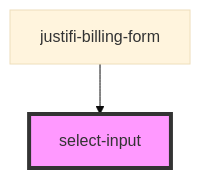
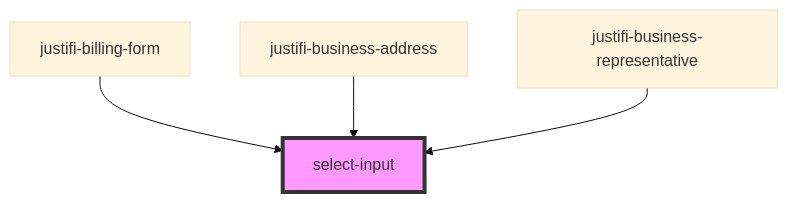
One commit to justifi-tech/web-component-library changed the diagram in stencil-library/src/components/select-input/readme.md. Above: the diagram before and after it, drawn with Mermaid (base theme). The commit also changed other lines of this file and 10 other files, not shown here.

````diff
--- a/stencil-library/src/components/select-input/readme.md
+++ b/stencil-library/src/components/select-input/readme.md
@@ -40,5 +42,7 @@
 ```mermaid
 graph TD;
   justifi-billing-form --> select-input
+  justifi-business-address --> select-input
+  justifi-business-representative --> select-input
   style select-input fill:#f9f,stroke:#333,stroke-width:4px
 ```
````
